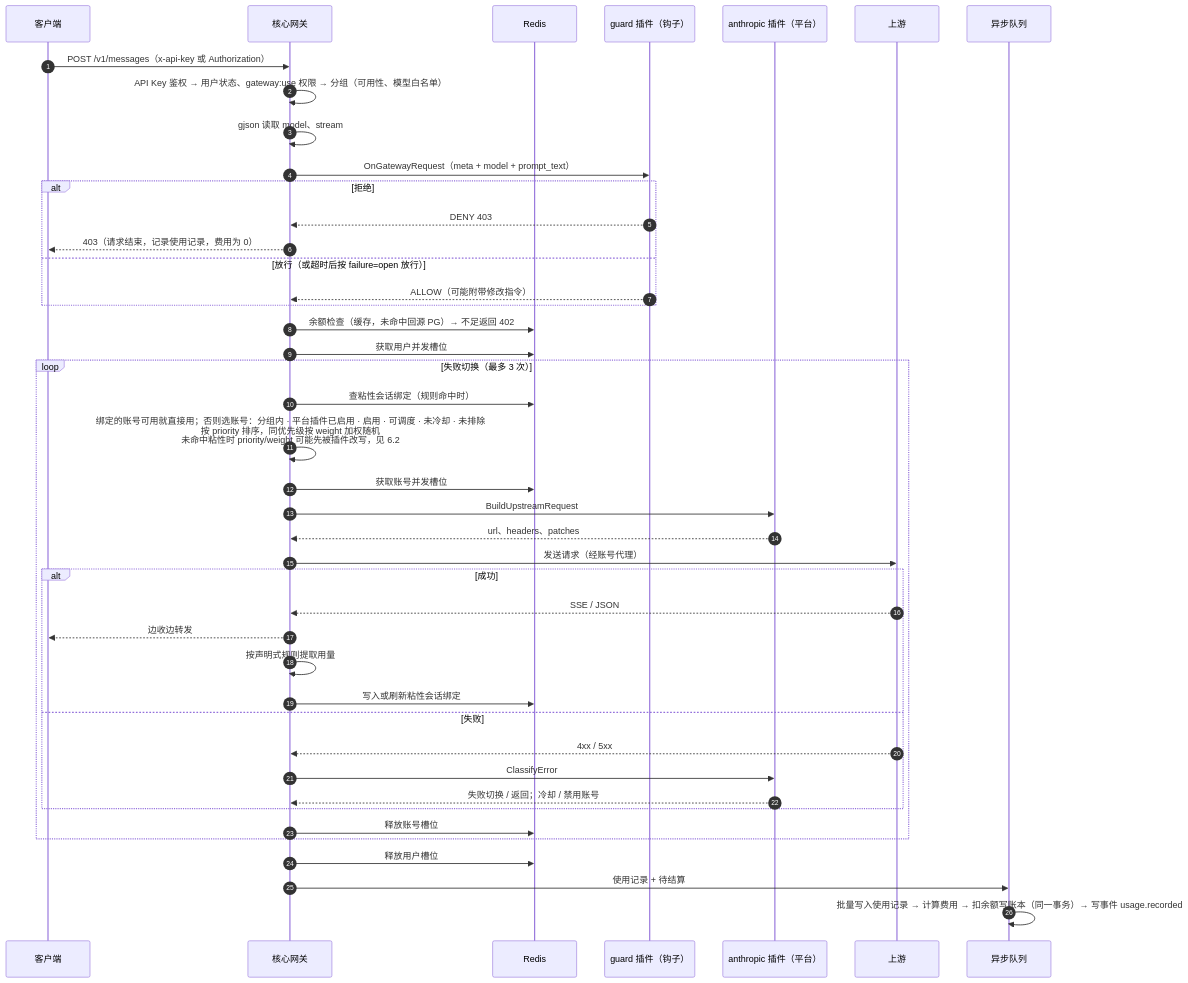
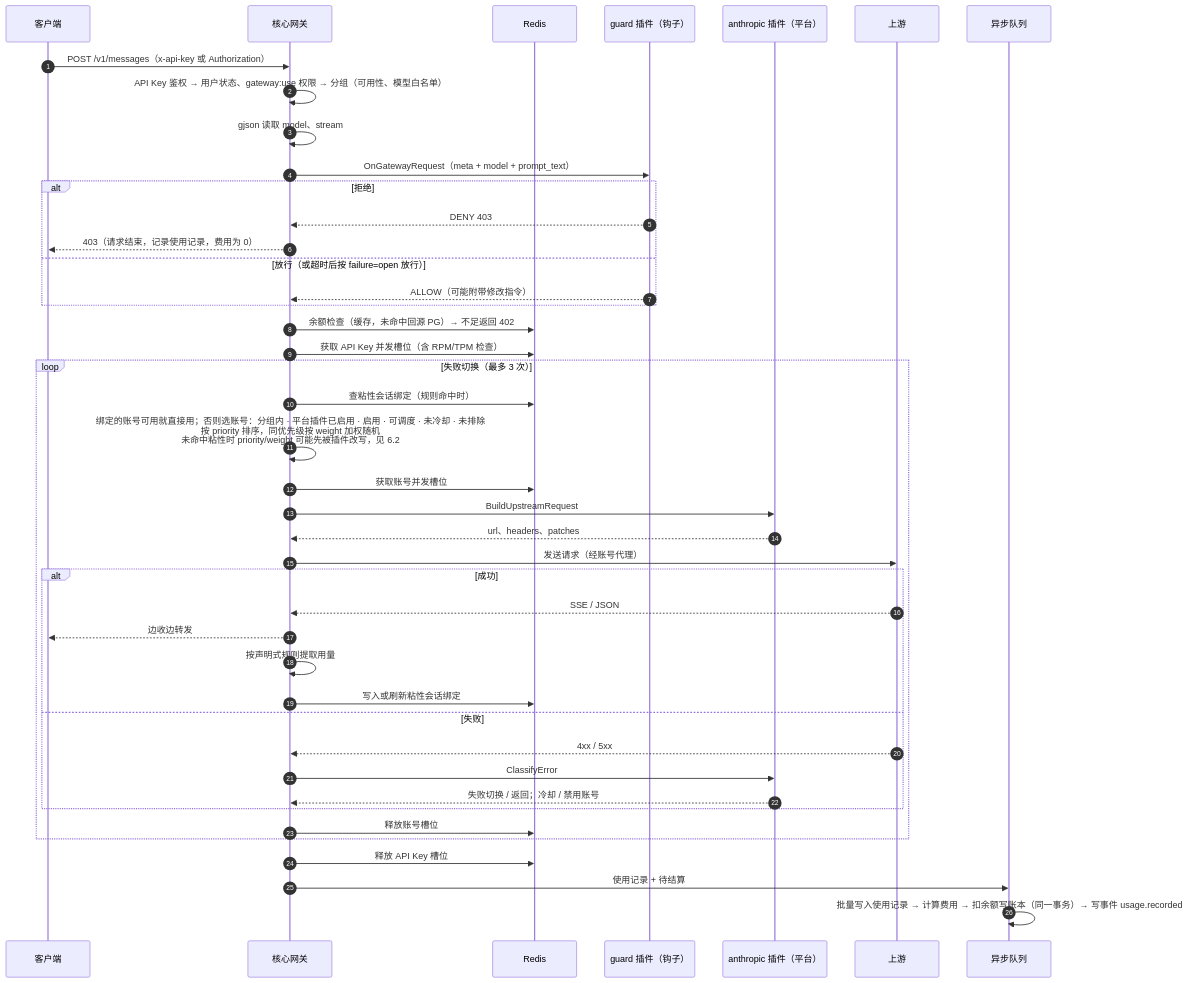
One commit to Sub2API-Devs/sup2api changed the eighth of 18 diagrams in next/docs/ARCHITECTURE.md. Above: the diagram before and after it, drawn with Mermaid. The commit also changed other lines of this file and 27 other files, not shown here.

````diff
--- a/next/docs/ARCHITECTURE.md
+++ b/next/docs/ARCHITECTURE.md
@@ -685,46 +684,46 @@
 ```mermaid
 sequenceDiagram
   autonumber
   participant C as 客户端
   participant GW as 核心网关
   participant R as Redis
   participant H as guard 插件（钩子）
   participant P as anthropic 插件（平台）
   participant U as 上游
   participant Q as 异步队列
 
   C->>GW: POST /v1/messages（x-api-key 或 Authorization）
   GW->>GW: API Key 鉴权 → 用户状态、gateway:use 权限 → 分组（可用性、模型白名单）
   GW->>GW: gjson 读取 model、stream
   GW->>H: OnGatewayRequest（meta + model + prompt_text）
   alt 拒绝
     H-->>GW: DENY 403
     GW-->>C: 403（请求结束，记录使用记录，费用为 0）
   else 放行（或超时后按 failure=open 放行）
     H-->>GW: ALLOW（可能附带修改指令）
   end
   GW->>R: 余额检查（缓存，未命中回源 PG）→ 不足返回 402
-  GW->>R: 获取用户并发槽位
+  GW->>R: 获取 API Key 并发槽位（含 RPM/TPM 检查）
   loop 失败切换（最多 3 次）
     GW->>R: 查粘性会话绑定（规则命中时）
     GW->>GW: 绑定的账号可用就直接用；否则选账号：分组内 · 平台插件已启用 · 启用 · 可调度 · 未冷却 · 未排除<br/>按 priority 排序，同优先级按 weight 加权随机<br/>未命中粘性时 priority/weight 可能先被插件改写，见 6.2
     GW->>R: 获取账号并发槽位
     GW->>P: BuildUpstreamRequest
     P-->>GW: url、headers、patches
     GW->>U: 发送请求（经账号代理）
     alt 成功
       U-->>GW: SSE / JSON
       GW-->>C: 边收边转发
       GW->>GW: 按声明式规则提取用量
       GW->>R: 写入或刷新粘性会话绑定
     else 失败
       U-->>GW: 4xx / 5xx
       GW->>P: ClassifyError
       P-->>GW: 失败切换 / 返回；冷却 / 禁用账号
     end
     GW->>R: 释放账号槽位
   end
-  GW->>R: 释放用户槽位
+  GW->>R: 释放 API Key 槽位
   GW->>Q: 使用记录 + 待结算
   Q->>Q: 批量写入使用记录 → 计算费用 → 扣余额写账本（同一事务）→ 写事件 usage.recorded
 ```
````
